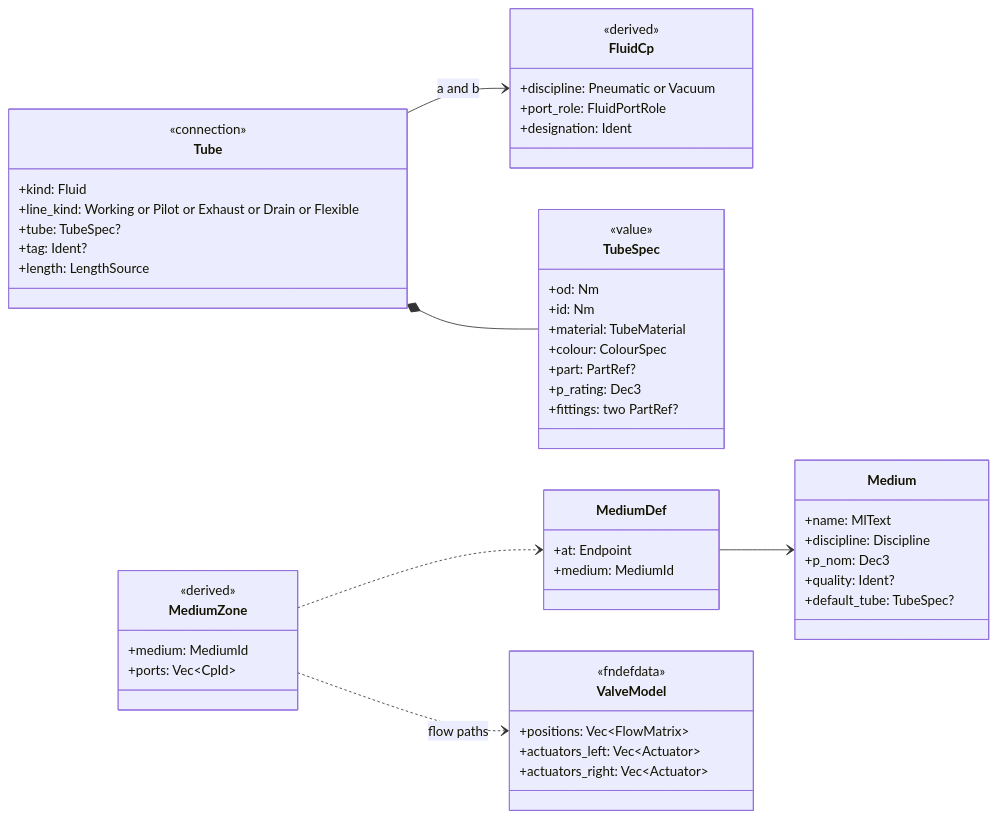
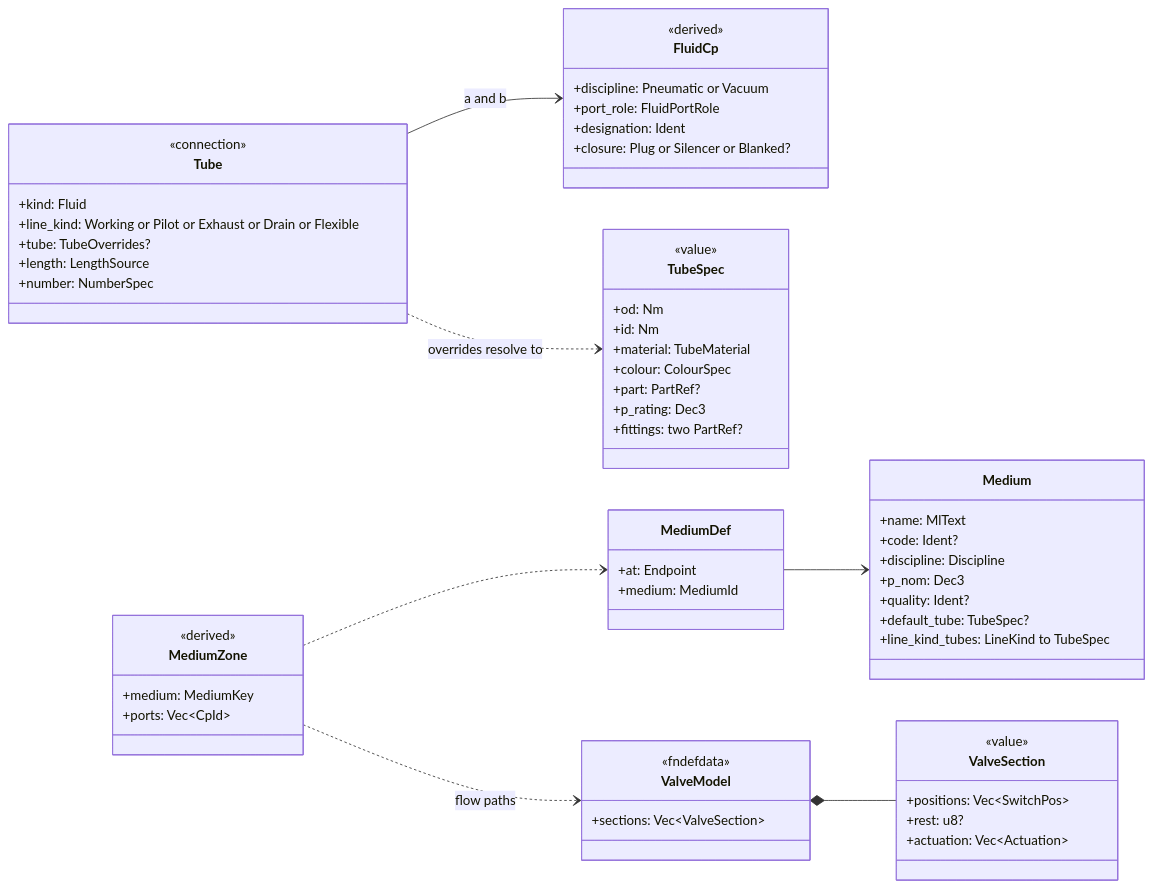
One commit to Ironkode787/ElektraWatt changed diagram 16 of 20 in docs/design/03-domain-model.md. Above: the diagram before and after it, drawn with Mermaid. The commit also changed other lines of this file and 51 other files, not shown here.

````diff
--- a/docs/design/03-domain-model.md
+++ b/docs/design/03-domain-model.md
@@ -1565,55 +1686,63 @@
 ```mermaid
 classDiagram
   direction LR
   class FluidCp {
     <<derived>>
     +discipline: Pneumatic or Vacuum
     +port_role: FluidPortRole
     +designation: Ident
+    +closure: Plug or Silencer or Blanked?
   }
   class Tube {
     <<connection>>
     +kind: Fluid
     +line_kind: Working or Pilot or Exhaust or Drain or Flexible
-    +tube: TubeSpec?
-    +tag: Ident?
+    +tube: TubeOverrides?
     +length: LengthSource
+    +number: NumberSpec
   }
   class TubeSpec {
     <<value>>
     +od: Nm
     +id: Nm
     +material: TubeMaterial
     +colour: ColourSpec
     +part: PartRef?
     +p_rating: Dec3
     +fittings: two PartRef?
   }
   class Medium {
     +name: MlText
+    +code: Ident?
     +discipline: Discipline
     +p_nom: Dec3
     +quality: Ident?
     +default_tube: TubeSpec?
+    +line_kind_tubes: LineKind to TubeSpec
   }
   class MediumDef {
     +at: Endpoint
     +medium: MediumId
   }
   class ValveModel {
     <<fndefdata>>
-    +positions: Vec~FlowMatrix~
-    +actuators_left: Vec~Actuator~
-    +actuators_right: Vec~Actuator~
+    +sections: Vec~ValveSection~
+  }
+  class ValveSection {
+    <<value>>
+    +positions: Vec~SwitchPos~
+    +rest: u8?
+    +actuation: Vec~Actuation~
   }
   class MediumZone {
     <<derived>>
-    +medium: MediumId
+    +medium: MediumKey
     +ports: Vec~CpId~
   }
   Tube --> FluidCp : a and b
-  Tube *-- TubeSpec
+  Tube ..> TubeSpec : overrides resolve to
   MediumDef --> Medium
+  ValveModel *-- ValveSection
   MediumZone ..> MediumDef
   MediumZone ..> ValveModel : flow paths
 ```
````
